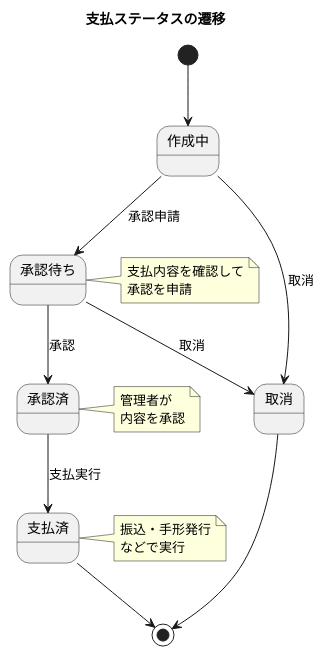
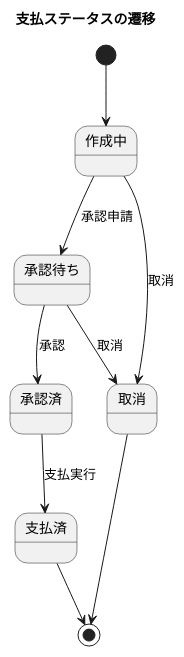
The third of 7 diagrams in docs/article/part2/chapter10.md (k2works/practical-database-design), drawn with PlantUML before and after one commit. The commit also changed 4 other files, not shown here.

````diff
--- a/docs/article/part2/chapter10.md
+++ b/docs/article/part2/chapter10.md
@@ -108,24 +108,21 @@
 ```plantuml
 @startuml
 
 title 支払ステータスの遷移
 
 [*] --> 作成中
 
 作成中 --> 承認待ち : 承認申請
-note right: 支払内容を確認して\n承認を申請
 
 承認待ち --> 承認済 : 承認
-note right: 管理者が\n内容を承認
 
 承認済 --> 支払済 : 支払実行
-note right: 振込・手形発行\nなどで実行
 
 作成中 --> 取消 : 取消
 承認待ち --> 取消 : 取消
 
 取消 --> [*]
 支払済 --> [*]
 
 @enduml
 ```
````
